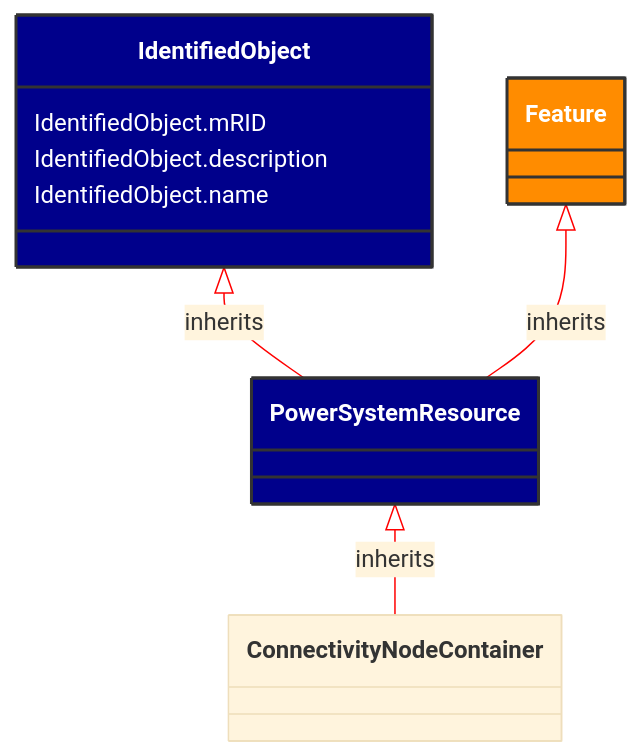
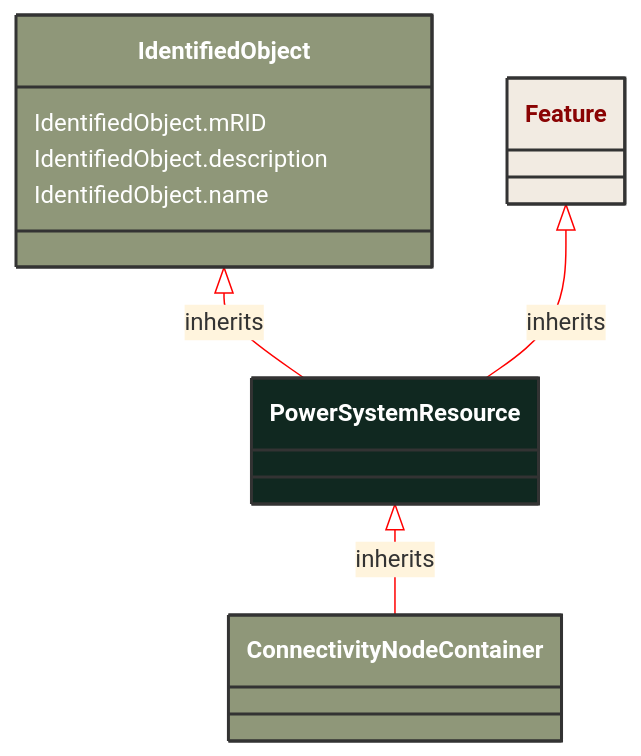
Before and after one commit to 3lbits/NoCIMExtensions: the diagram in docs/Models/Profiles/WattApp/AbstractClasses/PowerSystemResource.md, drawn with Mermaid. The commit also changed 190 other files, not shown here.

````diff
--- a/docs/Models/Profiles/WattApp/AbstractClasses/PowerSystemResource.md
+++ b/docs/Models/Profiles/WattApp/AbstractClasses/PowerSystemResource.md
@@ -10,29 +10,27 @@
 ```mermaid
 %%{init: {'theme':'base','themeVariables': {'lineColor': '#FF0000'}}}%%
 classDiagram
     class PowerSystemResource
     click PowerSystemResource href "/Models/Profiles/WattApp/AbstractClasses/PowerSystemResource/"
-    style PowerSystemResource fill:#006400,stroke:#333,stroke-width:2px,rx:10,ry:10,color:white
+    style PowerSystemResource fill:#102820,stroke:#333,stroke-width:2px,rx:10,ry:10,color:white
 
         PowerSystemResource <|-- ConnectivityNodeContainer : inherits
-            click PowerSystemResource href "/Models/Profiles/WattApp/AbstractClasses/PowerSystemResource/"
-            style PowerSystemResource fill:#00008B,stroke:#333,stroke-width:2px,rx:10,ry:10,color:white
 
         ConnectivityNodeContainer
             click ConnectivityNodeContainer href "/Models/Profiles/WattApp/AbstractClasses/ConnectivityNodeContainer/"
-            style PowerSystemResource fill:#00008B,stroke:#333,stroke-width:2px,rx:10,ry:10,color:white
-
+            style ConnectivityNodeContainer fill:#8F9779,stroke:#333,stroke-width:2px,rx:10,ry:10,color:white
+     
         IdentifiedObject <|-- PowerSystemResource : inherits
             click IdentifiedObject href "/Models/Profiles/WattApp/AbstractClasses/IdentifiedObject/"
-            style IdentifiedObject fill:#00008B,stroke:#333,stroke-width:2px,rx:10,ry:10,color:white
+            style IdentifiedObject fill:#8F9779,stroke:#333,stroke-width:2px,rx:10,ry:10,color:white
 
         Feature <|-- PowerSystemResource : inherits
             click Feature href "/Models/Profiles/WattApp/ConcreteClasses/Feature/"
-            style Feature fill:#FF8C00,stroke:#333,stroke-width:2px,rx:10,ry:10,color:white
+            style Feature fill:#F2EBE2,stroke:#333,stroke-width:2px,rx:10,ry:10,color:#8A0303
 
 
 
         IdentifiedObject : IdentifiedObject.mRID
         IdentifiedObject : IdentifiedObject.description
         IdentifiedObject : IdentifiedObject.name
 ```
````
